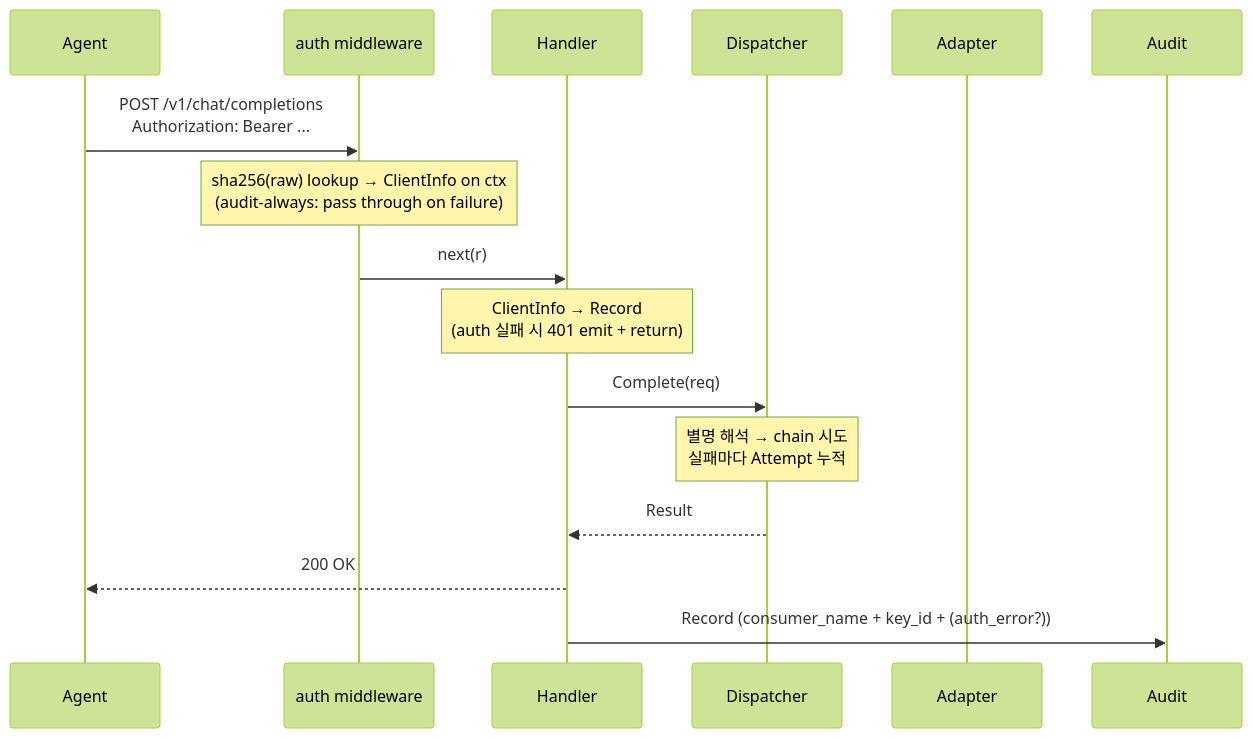
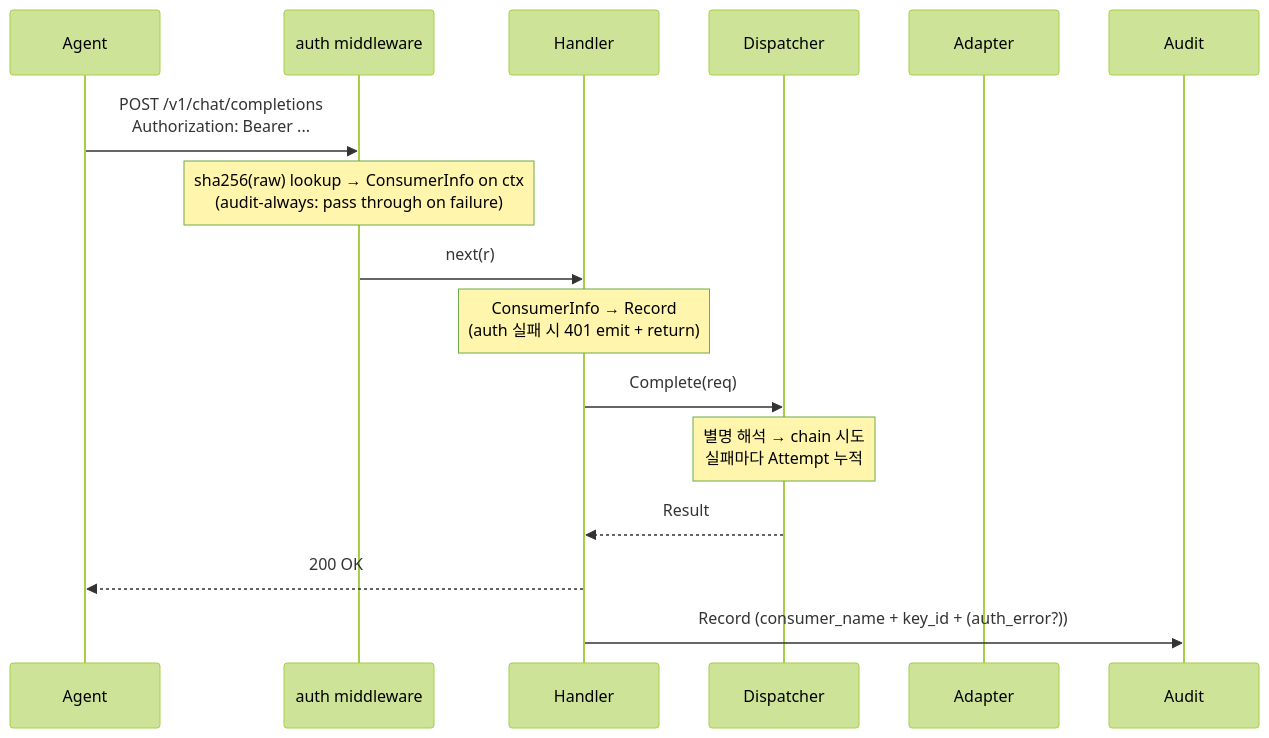
One commit to cagojeiger/llmgate changed the fourth of 4 diagrams in docs/architecture.md. Above: the diagram before and after it, drawn with Mermaid (forest theme). The commit also changed other lines of this file and 10 other files, not shown here.

````diff
--- a/docs/architecture.md
+++ b/docs/architecture.md
@@ -196,19 +196,19 @@
 ```mermaid
 sequenceDiagram
     participant A as Agent
     participant M as auth middleware
     participant H as Handler
     participant R as Dispatcher
     participant P as Adapter
     participant Au as Audit
 
     A->>M: POST /v1/chat/completions<br/>Authorization: Bearer ...
-    Note over M: sha256(raw) lookup → ClientInfo on ctx<br/>(audit-always: pass through on failure)
+    Note over M: sha256(raw) lookup → ConsumerInfo on ctx<br/>(audit-always: pass through on failure)
     M->>H: next(r)
-    Note over H: ClientInfo → Record<br/>(auth 실패 시 401 emit + return)
+    Note over H: ConsumerInfo → Record<br/>(auth 실패 시 401 emit + return)
     H->>R: Complete(req)
     Note over R: 별명 해석 → chain 시도<br/>실패마다 Attempt 누적
     R-->>H: Result
     H-->>A: 200 OK
     H->>Au: Record (consumer_name + key_id + (auth_error?))
 ```
````
